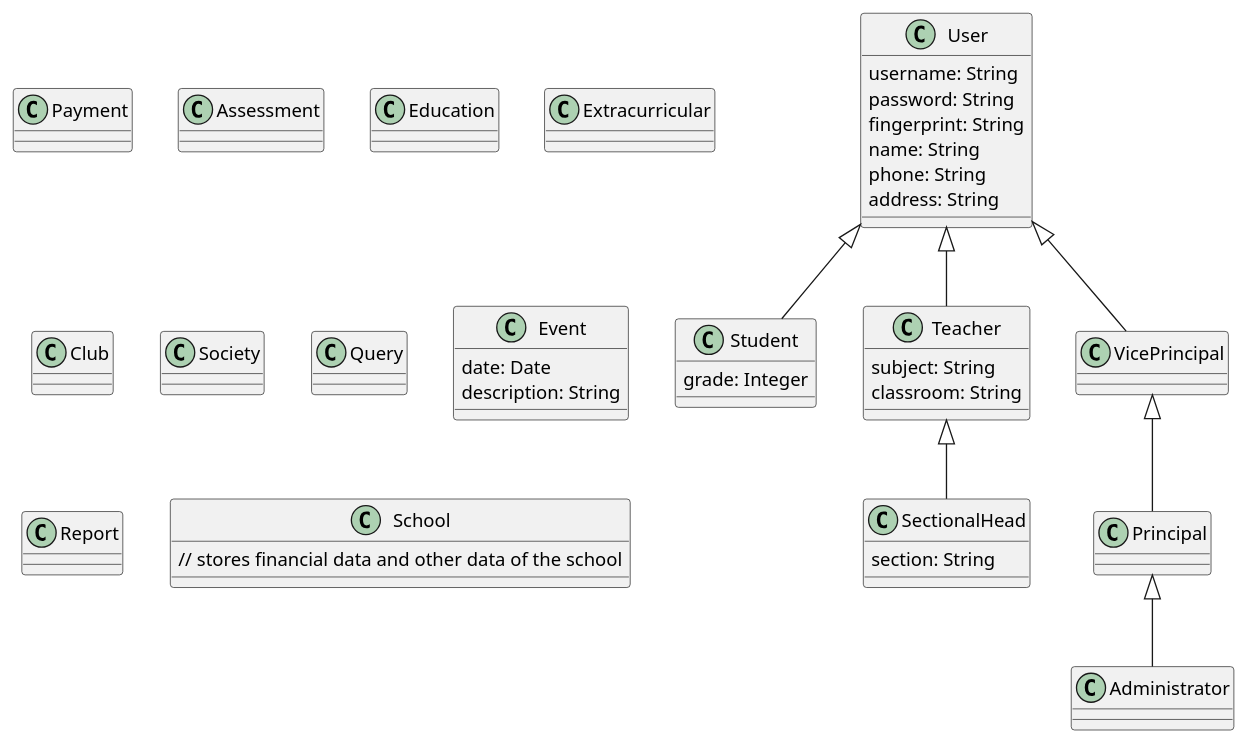
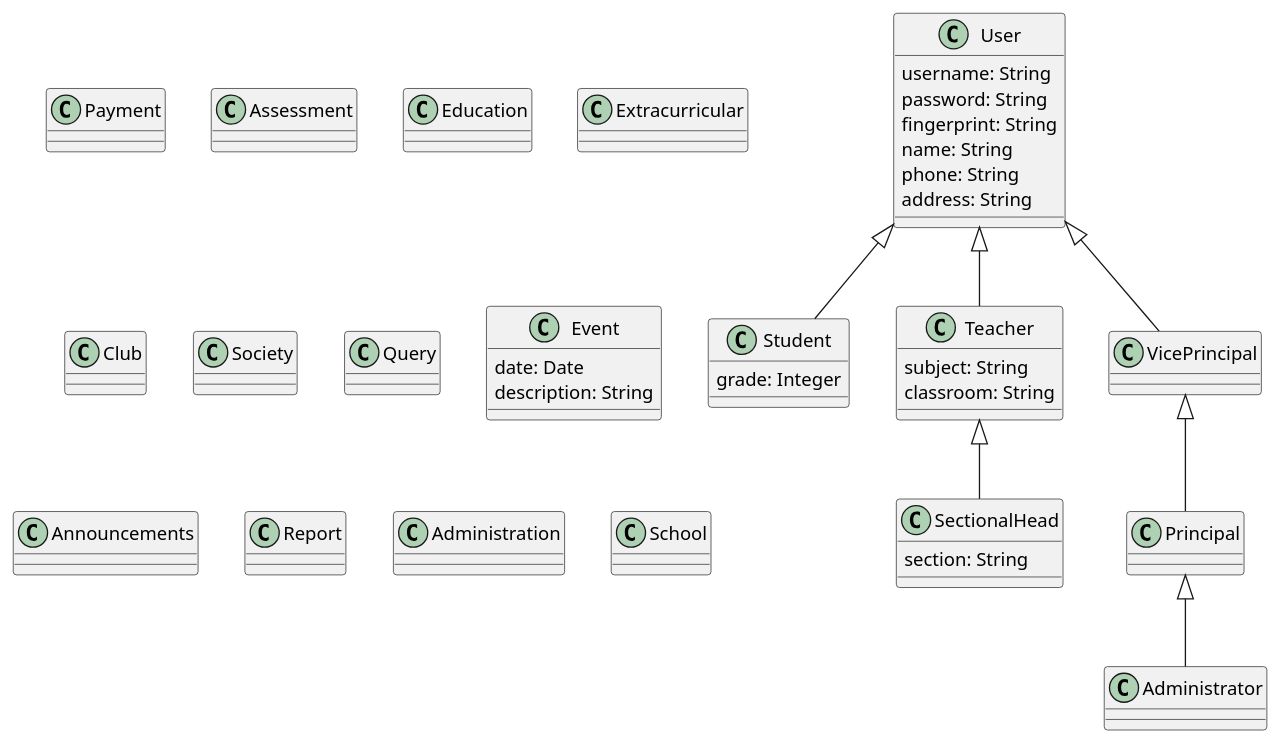
One commit to AdithyaSean/School-Management-System changed the diagram in School Management System Class Diagram.puml. Above: the diagram before and after it, drawn with PlantUML.

Commit message:
modified:   School Management System Class Diagram.puml

```diff
--- a/School Management System Class Diagram.puml
+++ b/School Management System Class Diagram.puml
@@ -1,79 +1,83 @@
 @startuml School Management System
 
 class User {
 
   username: String
   password: String
   fingerprint: String
   name: String
   phone: String
   address: String
 }
 
 class Student {
 
   grade: Integer
 }
 
 class Teacher {
 
   subject: String
   classroom: String
 }
 
 class SectionalHead {
   section: String
 }
 
 class VicePrincipal {
 }
 
 class Principal {
 }
 
 class Administrator {
 }
 
 class Payment {
 }
 
 class Assessment {
 }
 
 class Education {
 }
 
 class Extracurricular {
 }
 
 class Club {
 }
 
 class Society {
 }
 
 class Query {
 }
 
 class Event {
 
   date: Date
   description: String
 }
 
+class Announcements {
+}
+
 class Report {
+}
 
+class Administration {
 }
 
 class School {
-  // stores financial data and other data of the school
 }
 
 User <|-- Student
 User <|-- Teacher
 User <|-- VicePrincipal
 Teacher <|-- SectionalHead
 VicePrincipal <|-- Principal
 Principal <|-- Administrator
 
 @enduml
```
